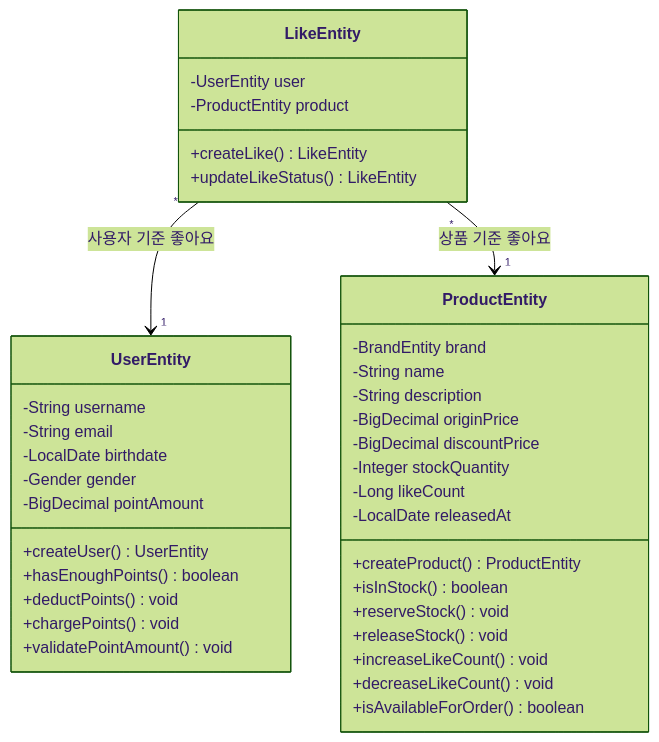
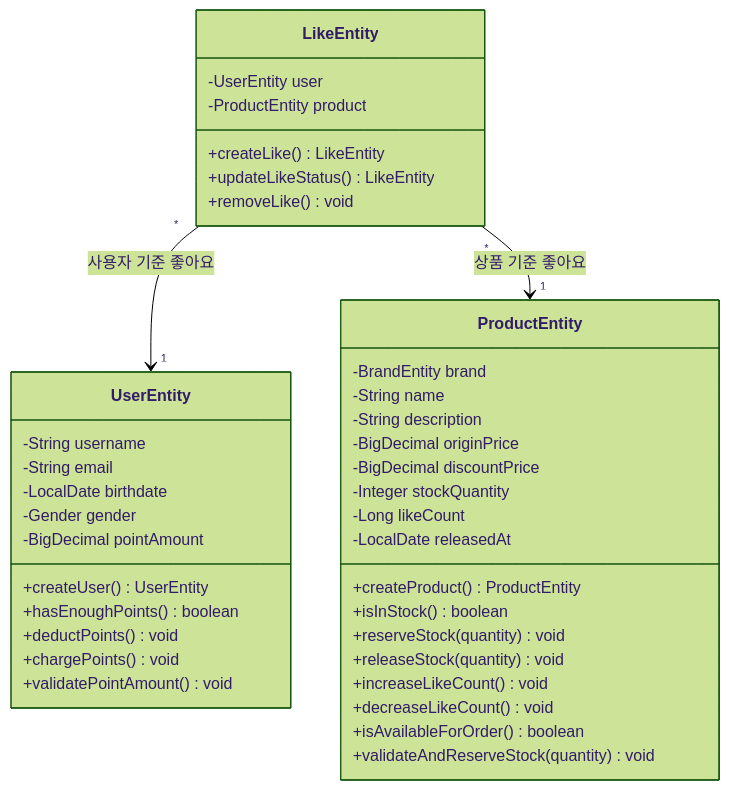
Before and after one commit to hyujikoh/loopers-spring-java-template: the fourth of 5 diagrams in docs/week2/03-class-diagram.md, drawn with Mermaid (forest theme). The commit also changed other lines of this file and 1 other file, not shown here.

First line of the commit message:
docs(sequence-diagram): 주문 처리 원자성 보장 문서 추가

````diff
--- a/docs/week2/03-class-diagram.md
+++ b/docs/week2/03-class-diagram.md
@@ -198,43 +205,45 @@
 ```mermaid
 classDiagram
     class LikeEntity {
         -UserEntity user
         -ProductEntity product
         +createLike() LikeEntity
         +updateLikeStatus() LikeEntity
+        +removeLike() void
     }
 
     class UserEntity {
         -String username
         -String email
         -LocalDate birthdate
         -Gender gender
         -BigDecimal pointAmount
         +createUser() UserEntity
         +hasEnoughPoints() boolean
         +deductPoints() void
         +chargePoints() void
         +validatePointAmount() void
     }
 
     class ProductEntity {
         -BrandEntity brand
         -String name
         -String description
         -BigDecimal originPrice
         -BigDecimal discountPrice
         -Integer stockQuantity
         -Long likeCount
         -LocalDate releasedAt
         +createProduct() ProductEntity
         +isInStock() boolean
-        +reserveStock() void
-        +releaseStock() void
+        +reserveStock(quantity) void
+        +releaseStock(quantity) void
         +increaseLikeCount() void
         +decreaseLikeCount() void
         +isAvailableForOrder() boolean
+        +validateAndReserveStock(quantity) void
     }
 
     LikeEntity "*" --> "1" UserEntity : 사용자 기준 좋아요
     LikeEntity "*" --> "1" ProductEntity : 상품 기준 좋아요
 ```
````
